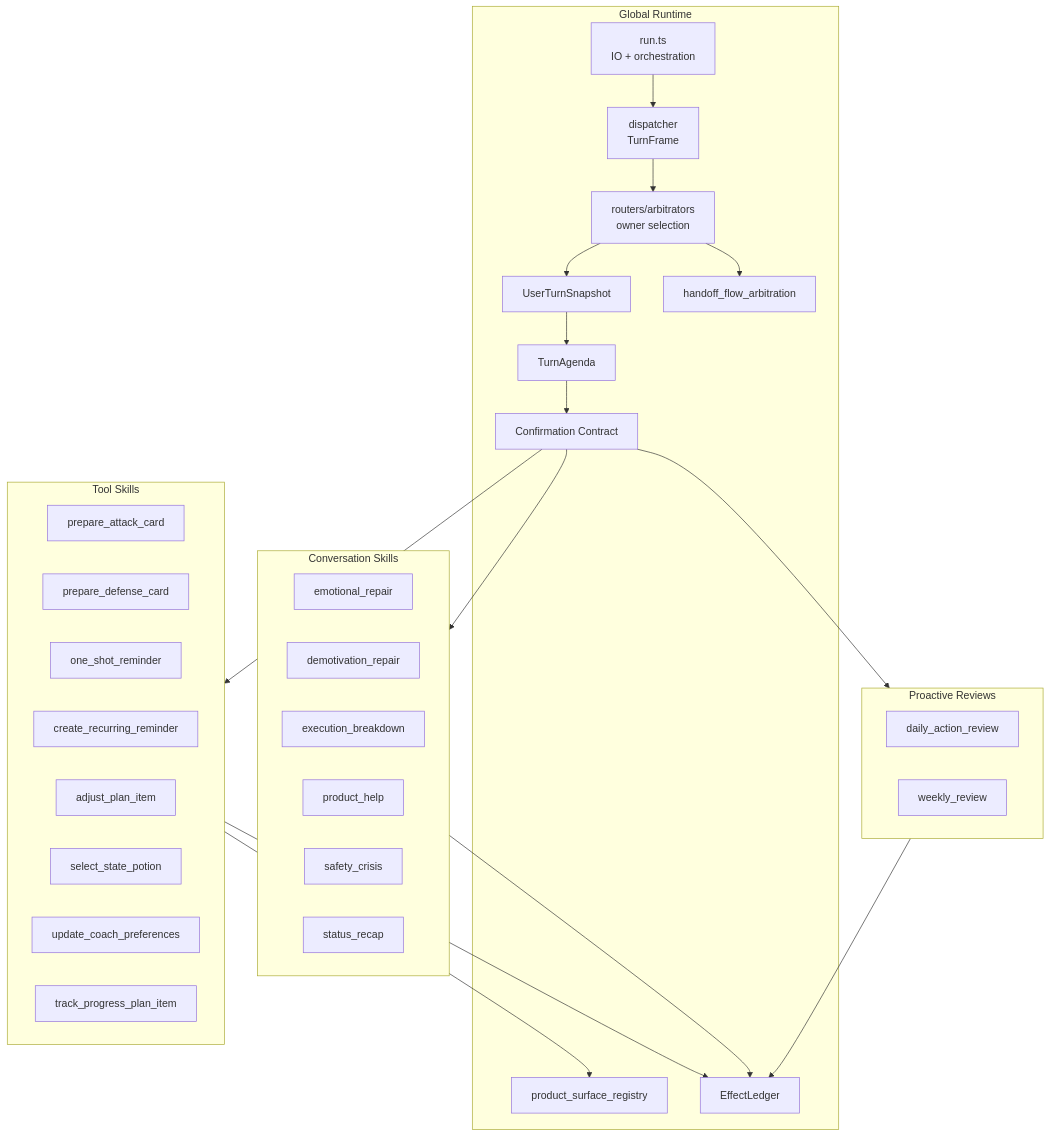
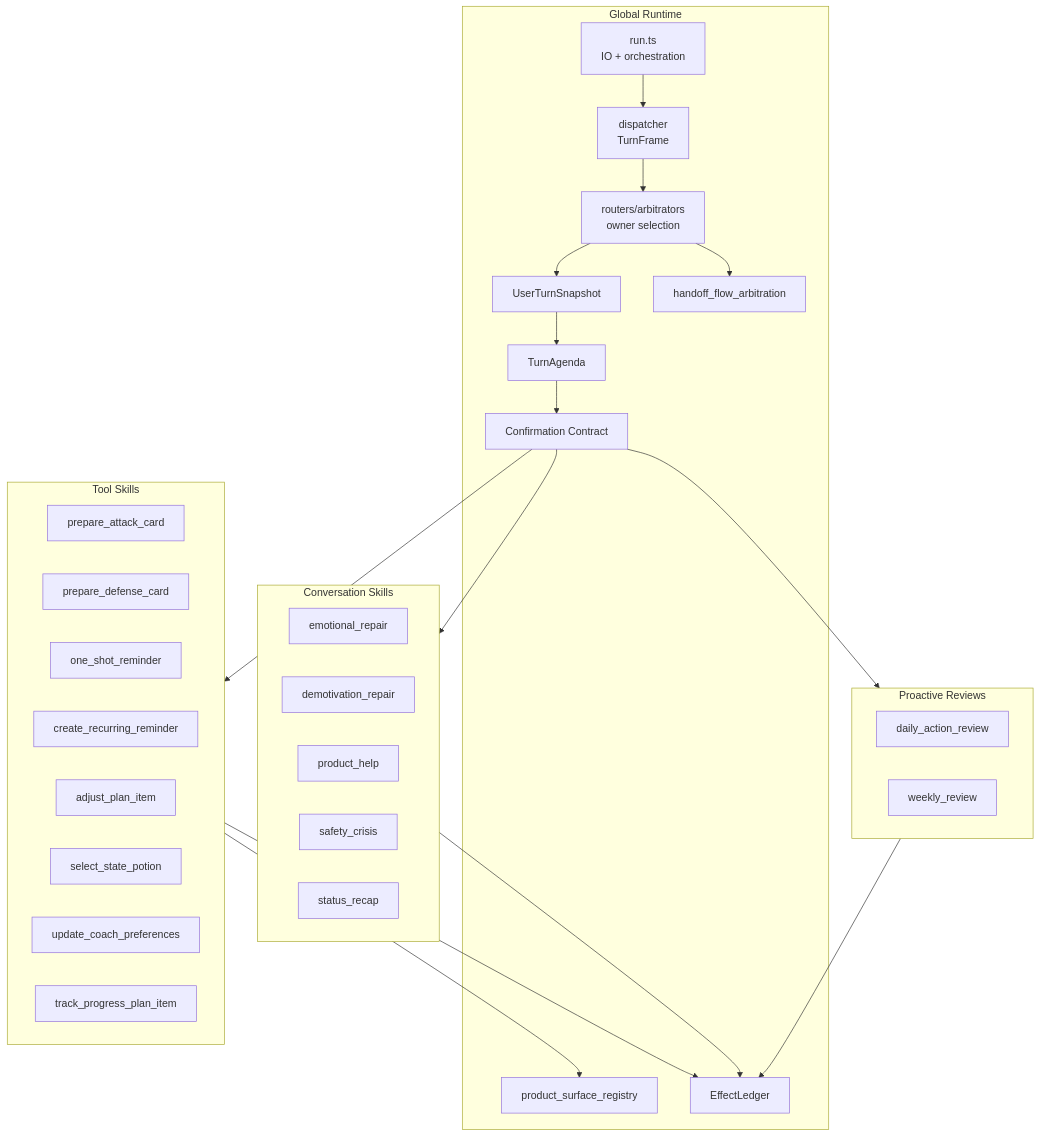
One commit to thomasgenty15-afk/Sophia changed the third of 8 diagrams in docs/agent-playbook/New/runtime-contracts/06-sophia-brain-runtime-diagram.md. Above: the diagram before and after it, drawn with Mermaid. The commit also changed 465 other files, not shown here.

````diff
--- a/docs/agent-playbook/New/runtime-contracts/06-sophia-brain-runtime-diagram.md
+++ b/docs/agent-playbook/New/runtime-contracts/06-sophia-brain-runtime-diagram.md
@@ -87,49 +87,48 @@
 ```mermaid
 flowchart TB
   subgraph Global["Global Runtime"]
     RUN["run.ts\nIO + orchestration"]
     DISP["dispatcher\nTurnFrame"]
     ROUTE["routers/arbitrators\nowner selection"]
     SNAP["UserTurnSnapshot"]
     AGENDA["TurnAgenda"]
     CONF["Confirmation Contract"]
     LEDGER["EffectLedger"]
     HARB["handoff_flow_arbitration"]
     SURF["product_surface_registry"]
   end
 
   subgraph Tools["Tool Skills"]
     ATTACK["prepare_attack_card"]
     DEFENSE["prepare_defense_card"]
     ONE["one_shot_reminder"]
     REC["create_recurring_reminder"]
     PLAN["adjust_plan_item"]
     POTION["select_state_potion"]
     PREF["update_coach_preferences"]
     PROG["track_progress_plan_item"]
   end
 
   subgraph Conversation["Conversation Skills"]
     EMO["emotional_repair"]
     DEMO["demotivation_repair"]
-    EXECB["execution_breakdown"]
     HELP["product_help"]
     SAFETY["safety_crisis"]
     STATUS["status_recap"]
   end
 
   subgraph Proactive["Proactive Reviews"]
     DAILY["daily_action_review"]
     WEEKLY["weekly_review"]
   end
 
   RUN --> DISP --> ROUTE --> SNAP --> AGENDA --> CONF
   ROUTE --> HARB
   CONF --> Tools
   CONF --> Conversation
   CONF --> Proactive
   Tools --> SURF
   Tools --> LEDGER
   Proactive --> LEDGER
   Conversation --> LEDGER
 ```
````
